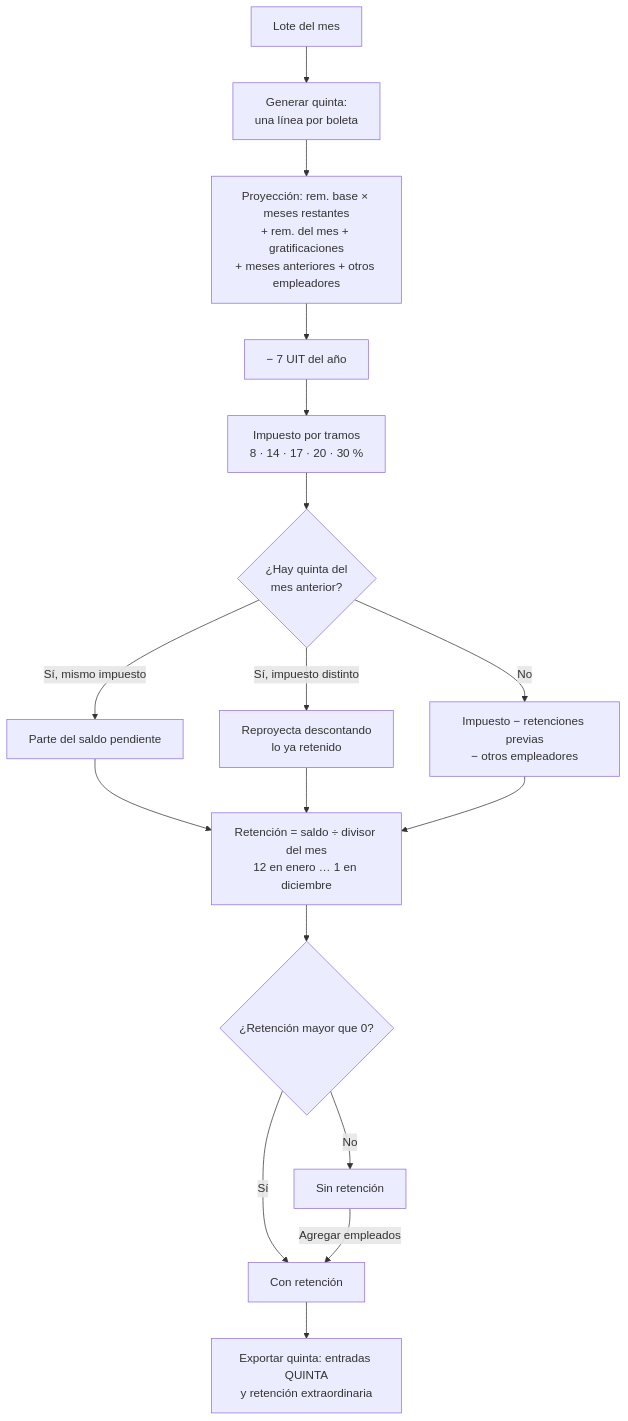
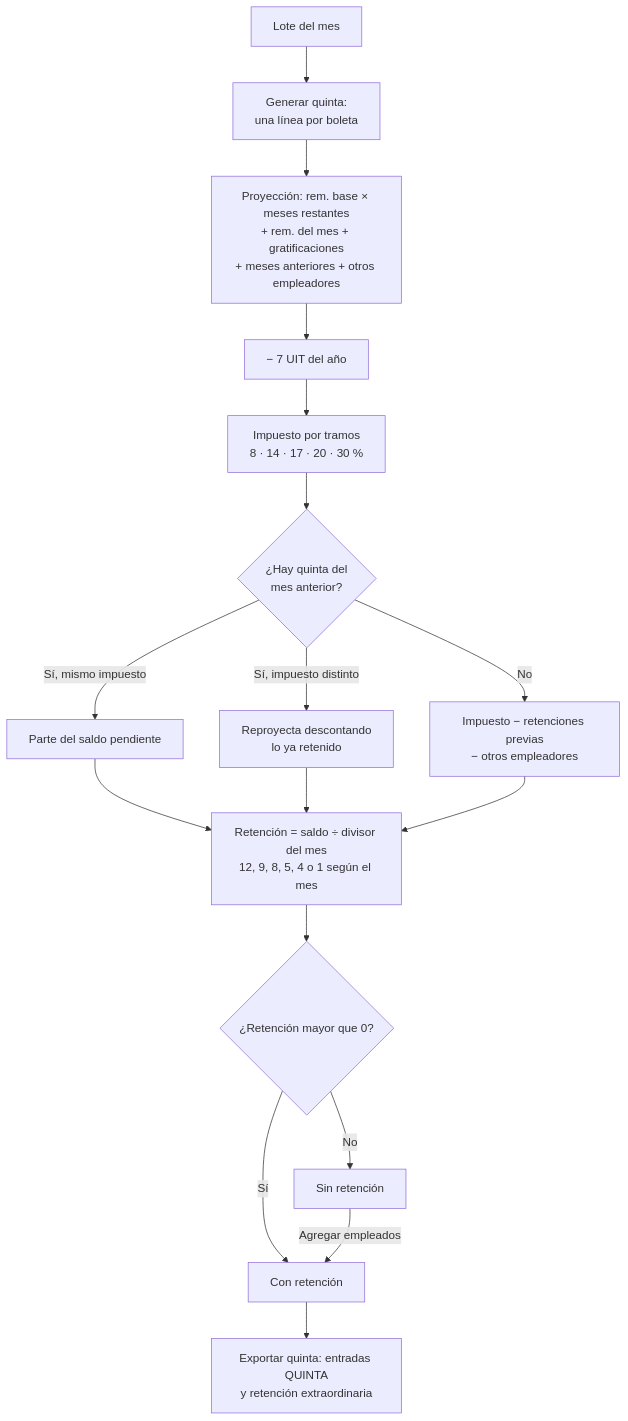
Before and after one commit to olanoit/ol_new_apps: the diagram in OL-PAYROLL/al_hr_pe_benefits/static/description/diagramas/quinta.mmd, drawn with Mermaid. The commit also changed 55 other files, not shown here.

```diff
--- a/OL-PAYROLL/al_hr_pe_benefits/static/description/diagramas/quinta.mmd
+++ b/OL-PAYROLL/al_hr_pe_benefits/static/description/diagramas/quinta.mmd
@@ -1,17 +1,17 @@
 flowchart TD
   A[Lote del mes] --> B[Generar quinta:<br/>una línea por boleta]
   B --> C[Proyección: rem. base × meses restantes<br/>+ rem. del mes + gratificaciones<br/>+ meses anteriores + otros empleadores]
   C --> D[− 7 UIT del año]
   D --> E[Impuesto por tramos<br/>8 · 14 · 17 · 20 · 30 %]
   E --> F{¿Hay quinta del<br/>mes anterior?}
   F -- Sí, mismo impuesto --> G[Parte del saldo pendiente]
   F -- Sí, impuesto distinto --> H[Reproyecta descontando<br/>lo ya retenido]
   F -- No --> I[Impuesto − retenciones previas<br/>− otros empleadores]
-  G --> J[Retención = saldo ÷ divisor del mes<br/>12 en enero … 1 en diciembre]
+  G --> J[Retención = saldo ÷ divisor del mes<br/>12, 9, 8, 5, 4 o 1 según el mes]
   H --> J
   I --> J
   J --> K{¿Retención mayor que 0?}
   K -- No --> L[Sin retención]
   K -- Sí --> M[Con retención]
   L -- Agregar empleados --> M
   M --> N[Exportar quinta: entradas QUINTA<br/>y retención extraordinaria]
```
